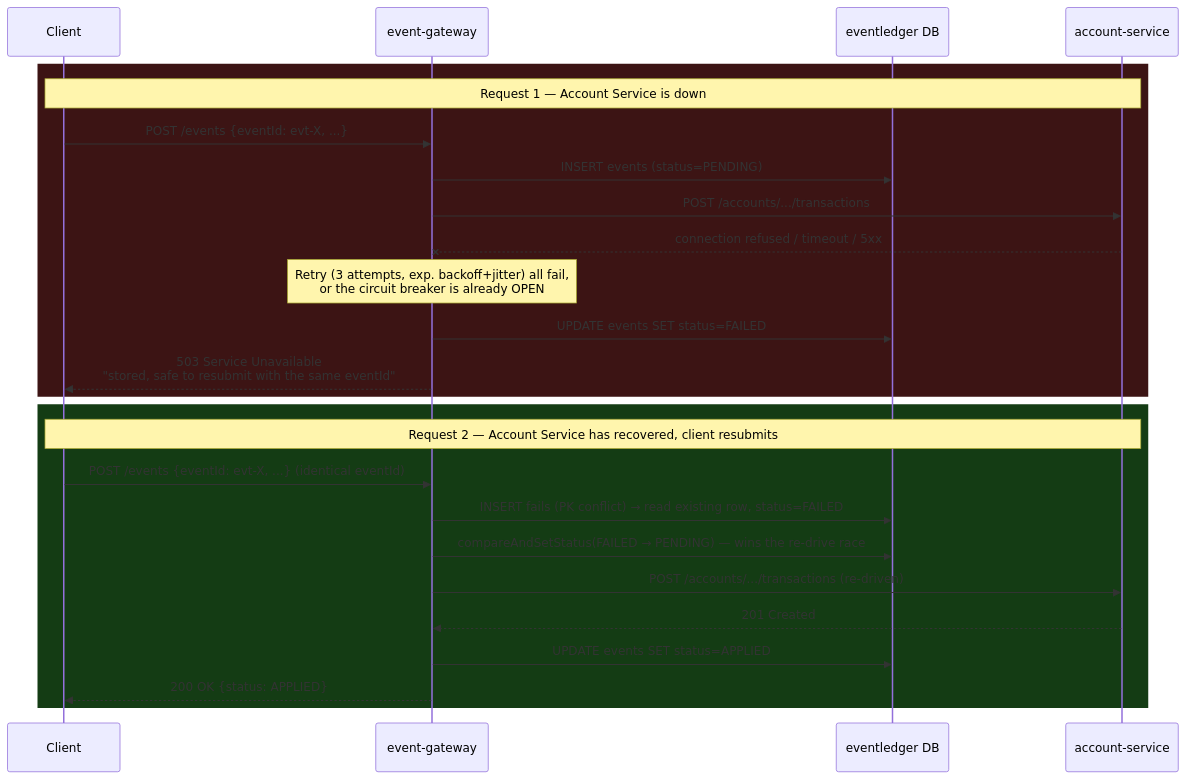
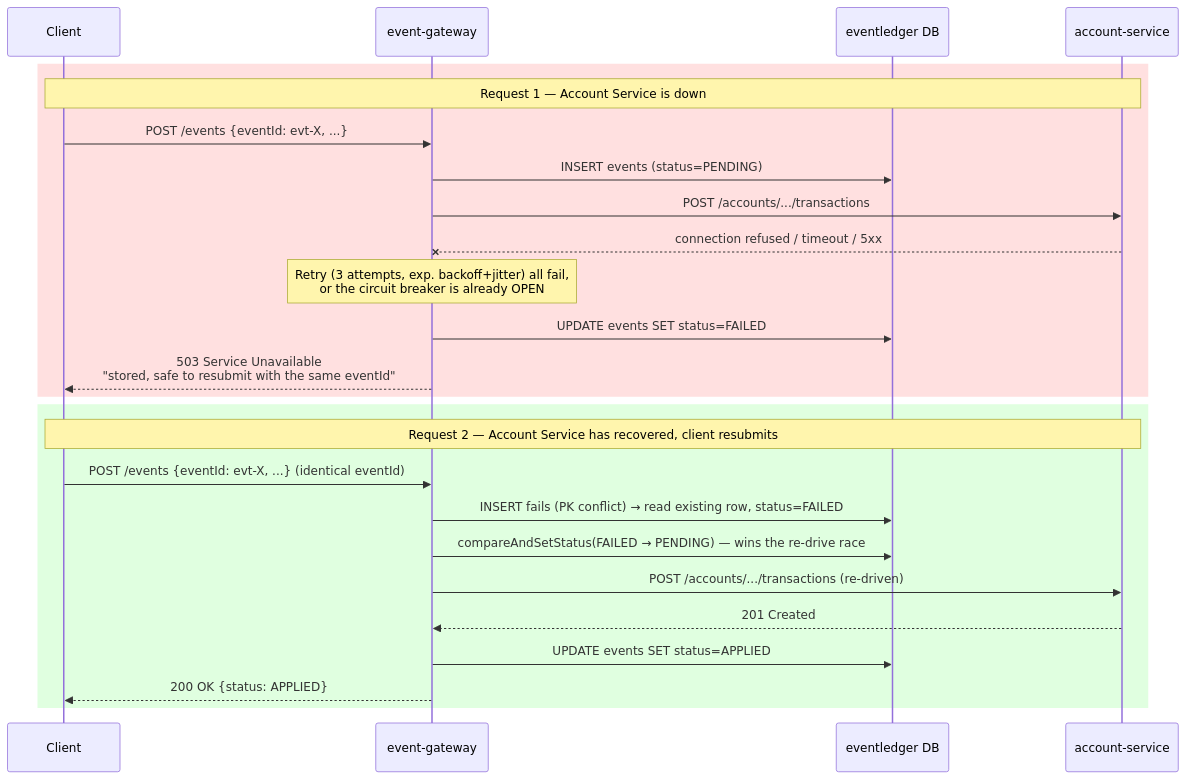
Before and after one commit to sattuanand/event-gateway: the sixth of 15 diagrams in WIKI.md, drawn with Mermaid. The commit also changed 1 other file, not shown here.

Commit message:
Fixing the md file color visibility on the inner text

````diff
--- a/WIKI.md
+++ b/WIKI.md
@@ -216,29 +216,29 @@
 ```mermaid
 sequenceDiagram
     participant C as Client
     participant GW as event-gateway
     participant GWDB as eventledger DB
     participant AS as account-service
 
-    rect rgb(60, 20, 20)
+    rect rgb(255, 224, 224)
     Note over C,AS: Request 1 — Account Service is down
     C->>GW: POST /events {eventId: evt-X, ...}
     GW->>GWDB: INSERT events (status=PENDING)
     GW->>AS: POST /accounts/.../transactions
     AS--xGW: connection refused / timeout / 5xx
     Note over GW: Retry (3 attempts, exp. backoff+jitter) all fail,<br/>or the circuit breaker is already OPEN
     GW->>GWDB: UPDATE events SET status=FAILED
     GW-->>C: 503 Service Unavailable<br/>"stored, safe to resubmit with the same eventId"
     end
 
-    rect rgb(20, 60, 20)
+    rect rgb(224, 255, 224)
     Note over C,AS: Request 2 — Account Service has recovered, client resubmits
     C->>GW: POST /events {eventId: evt-X, ...} (identical eventId)
     GW->>GWDB: INSERT fails (PK conflict) → read existing row, status=FAILED
     GW->>GWDB: compareAndSetStatus(FAILED → PENDING) — wins the re-drive race
     GW->>AS: POST /accounts/.../transactions (re-driven)
     AS-->>GW: 201 Created
     GW->>GWDB: UPDATE events SET status=APPLIED
     GW-->>C: 200 OK {status: APPLIED}
     end
 ```
````
